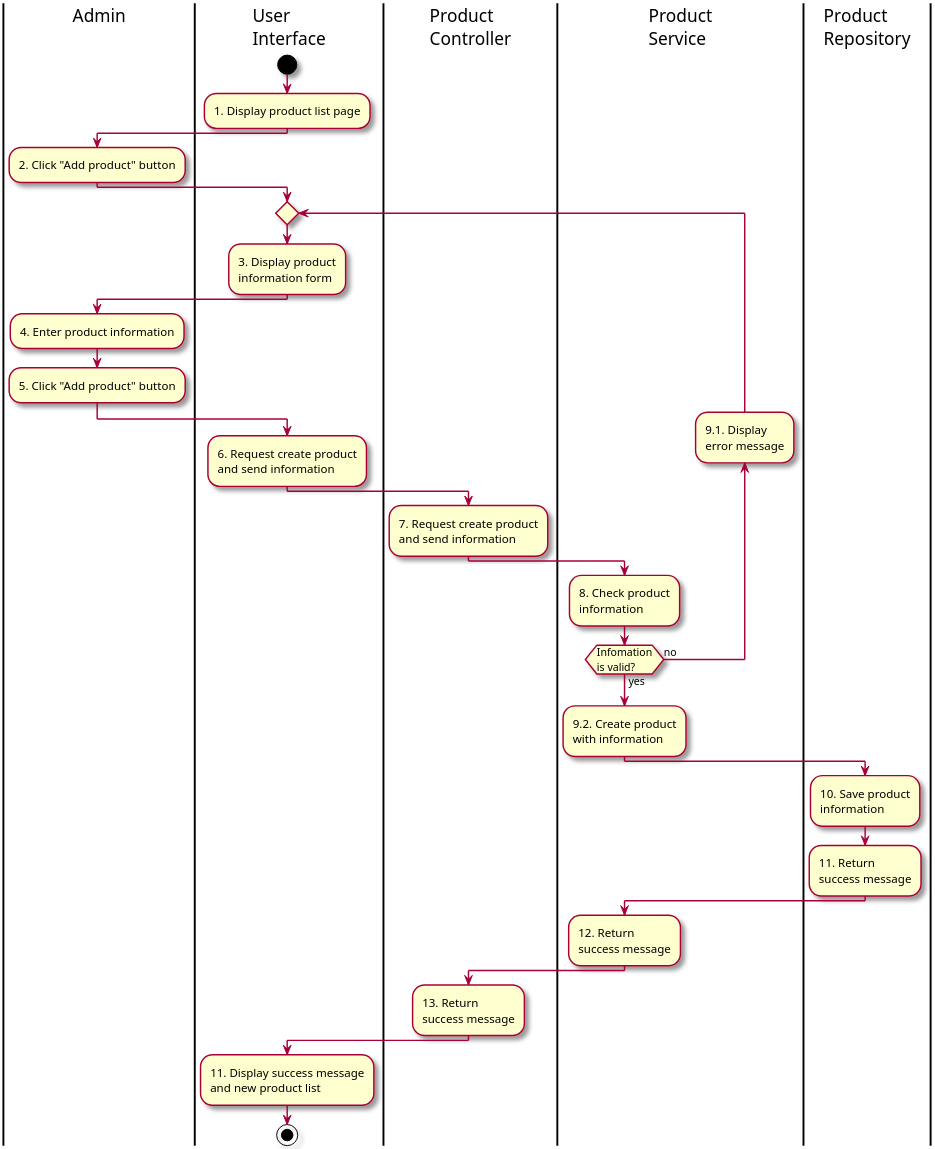
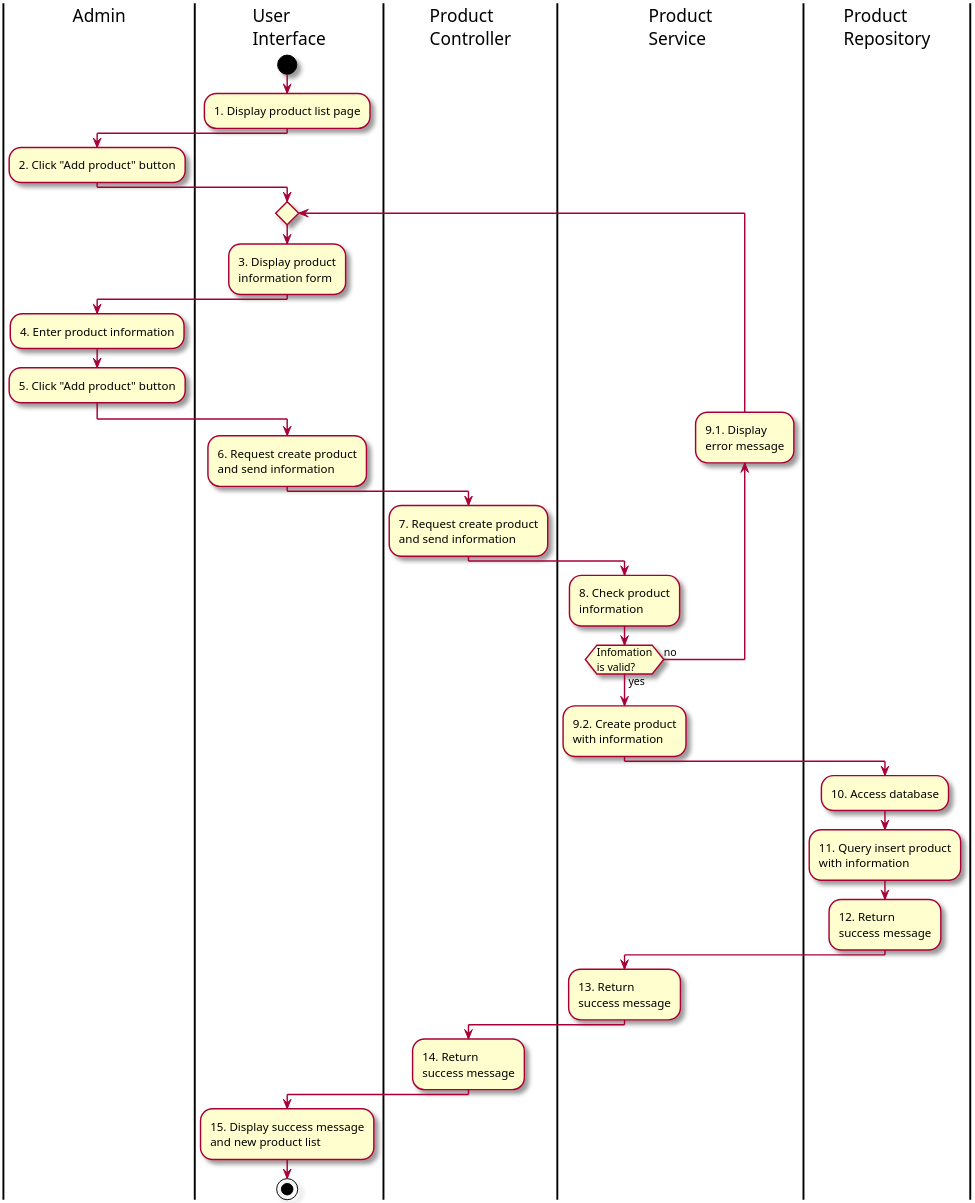
One commit to Marowota/ecommerce-plantuml changed the diagram in Activity/1.1. ActAddProduct.puml. Above: the diagram before and after it, drawn with PlantUML. The commit also changed 4 other files, not shown here.

```diff
--- a/Activity/1.1. ActAddProduct.puml
+++ b/Activity/1.1. ActAddProduct.puml
@@ -1,42 +1,43 @@
 @startuml ActAddProduct
 
 skin rose
 scale 3
 
 |Admin|
 |User\nInterface|
 |Product\nController|
 |Product\nService|
 |Product\nRepository|
 |User\nInterface|
 start
 :1. Display product list page;
 |Admin|
 :2. Click "Add product" button;
 |User\nInterface|
 repeat
 :3. Display product\ninformation form;
 |Admin|
 :4. Enter product information;
 :5. Click "Add product" button;
 |User\nInterface|
 :6. Request create product\nand send information;
 |Product\nController|
 :7. Request create product\nand send information;
 |Product\nService|
 :8. Check product\ninformation;
 backward :9.1. Display\nerror message;
 repeat while(Infomation\nis valid?) is(no) not(yes)
 :9.2. Create product\nwith information;
 |Product\nRepository|
-:10. Save product\ninformation;
-:11. Return\nsuccess message;
+:10. Access database;
+:11. Query insert product\nwith information;
+:12. Return\nsuccess message;
 |Product\nService|
-:12. Return\nsuccess message;
+:13. Return\nsuccess message;
 |Product\nController|
-:13. Return\nsuccess message;
+:14. Return\nsuccess message;
 |User\nInterface|
-:11. Display success message\nand new product list;
+:15. Display success message\nand new product list;
 stop
 
 @enduml
```
